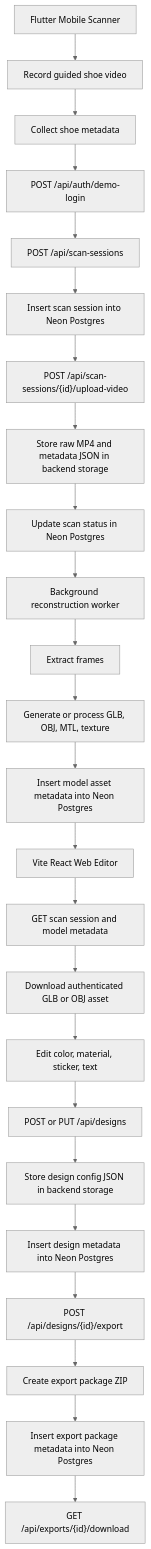
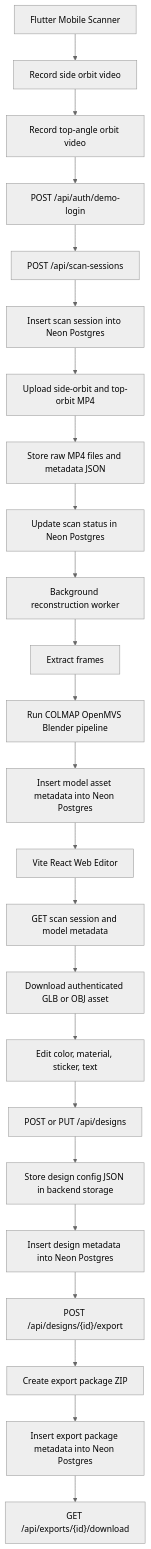
The first of 8 diagrams in docs/current-neon-system-flow.md (kiet-ta/ar-ai-exe), drawn with Mermaid (neutral theme) before and after one commit. The commit also changed other lines of this file and 170 other files, not shown here.

Commit message:
feat: implement shoe video reconstruction MVP

````diff
--- a/docs/current-neon-system-flow.md
+++ b/docs/current-neon-system-flow.md
@@ -11,26 +11,26 @@
 ```mermaid
 flowchart TD
-    A["Flutter Mobile Scanner"] --> B["Record guided shoe video"]
-    B --> C["Collect shoe metadata"]
+    A["Flutter Mobile Scanner"] --> B["Record side orbit video"]
+    B --> C["Record top-angle orbit video"]
     C --> D["POST /api/auth/demo-login"]
     D --> E["POST /api/scan-sessions"]
     E --> F["Insert scan session into Neon Postgres"]
-    F --> G["POST /api/scan-sessions/{id}/upload-video"]
-    G --> H["Store raw MP4 and metadata JSON in backend storage"]
+    F --> G["Upload side-orbit and top-orbit MP4"]
+    G --> H["Store raw MP4 files and metadata JSON"]
     H --> I["Update scan status in Neon Postgres"]
     I --> J["Background reconstruction worker"]
     J --> K["Extract frames"]
-    K --> L["Generate or process GLB, OBJ, MTL, texture"]
+    K --> L["Run COLMAP OpenMVS Blender pipeline"]
     L --> M["Insert model asset metadata into Neon Postgres"]
     M --> N["Vite React Web Editor"]
     N --> O["GET scan session and model metadata"]
     O --> P["Download authenticated GLB or OBJ asset"]
     P --> Q["Edit color, material, sticker, text"]
     Q --> R["POST or PUT /api/designs"]
     R --> S["Store design config JSON in backend storage"]
     S --> T["Insert design metadata into Neon Postgres"]
     T --> U["POST /api/designs/{id}/export"]
     U --> V["Create export package ZIP"]
     V --> W["Insert export package metadata into Neon Postgres"]
     W --> X["GET /api/exports/{id}/download"]
 ```
````
